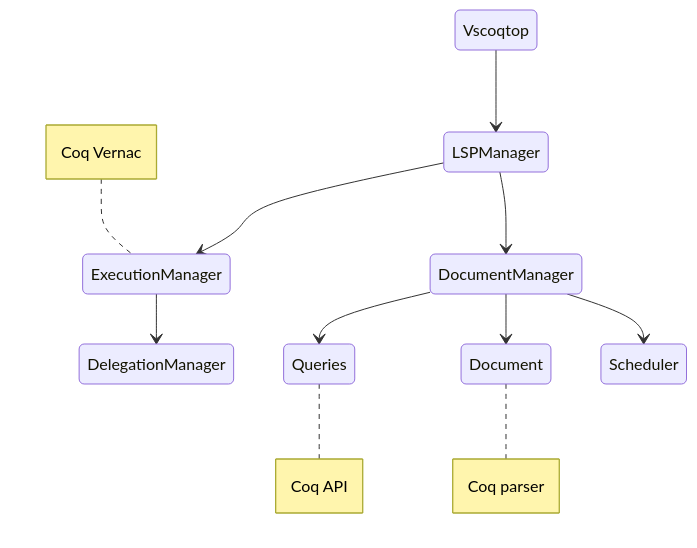
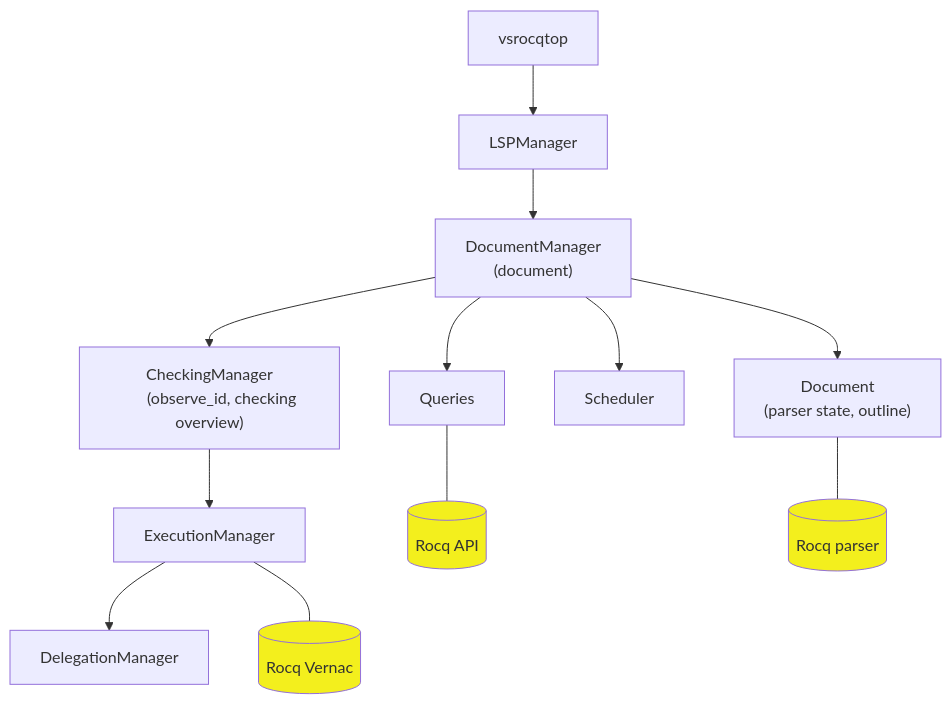
Before and after one commit to rocq-prover/vsrocq: the diagram in docs/developers.md, drawn with Mermaid. The commit also changed other lines of this file, not shown here.

````diff
--- a/docs/developers.md
+++ b/docs/developers.md
@@ -23,21 +30,34 @@
 ```mermaid
-    stateDiagram-v2
-        A: Vscoqtop
-        B: LSPManager
-        C: DocumentManager
-        D: ExecutionManager
-        note left of D: Coq Vernac
-        E: DelegationManager
-        F: Queries
-        note right of F: Coq API
-        G: Document
-        note right of G: Coq parser
-        H: Scheduler
-        A --> B
-        B --> C
-        B --> D
-        D --> E
-        C --> F
-        C --> G
-        C --> H
+flowchart TD
+    A[vsrocqtop]
+    B[LSPManager]
+
+    C["DocumentManager
+       (document)"]
+    D[ExecutionManager]
+    D1[(Rocq Vernac)]
+    E[DelegationManager]
+    F[Queries]
+    F1[(Rocq API)]
+    G["Document
+       (parser state, outline)"]
+    G1[(Rocq parser)]
+    H[Scheduler]
+    I["CheckingManager
+       (observe_id, checking overview)"]
+    A --> B
+    B --> C
+    I --> D
+    D --> E
+    C --> F
+    C --> G
+    C --> H
+    C --> I
+    D --- D1
+    F --- F1
+    G --- G1
+    style D1 fill: #f3ef1d
+    style F1 fill: #f3ef1d
+    style G1 fill: #f3ef1d
+    
 ```
````
